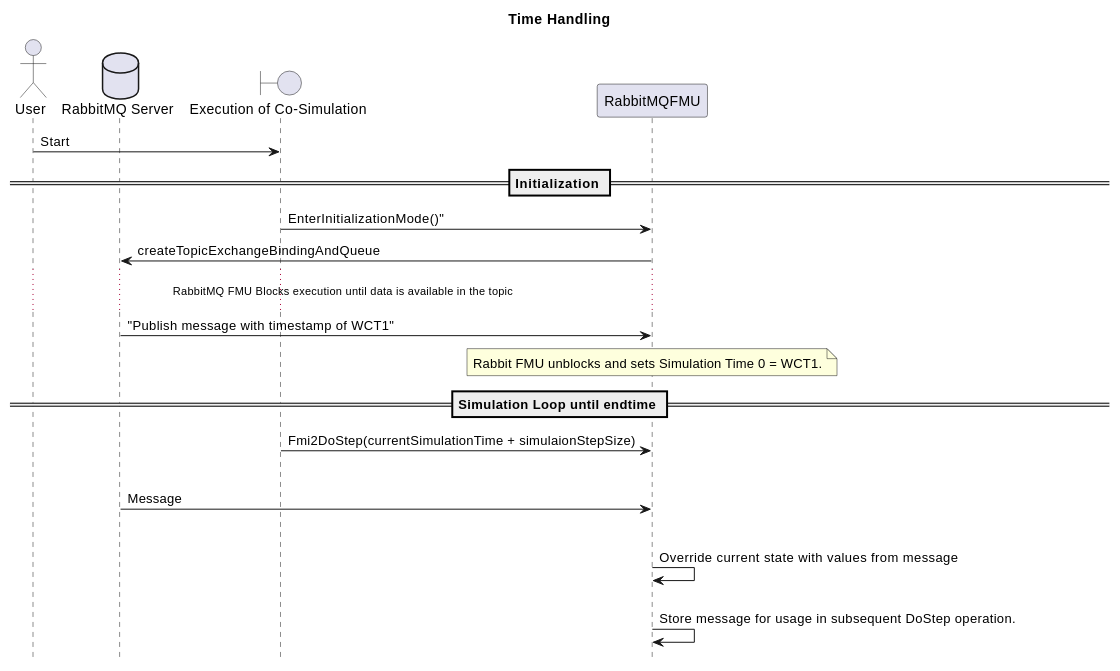
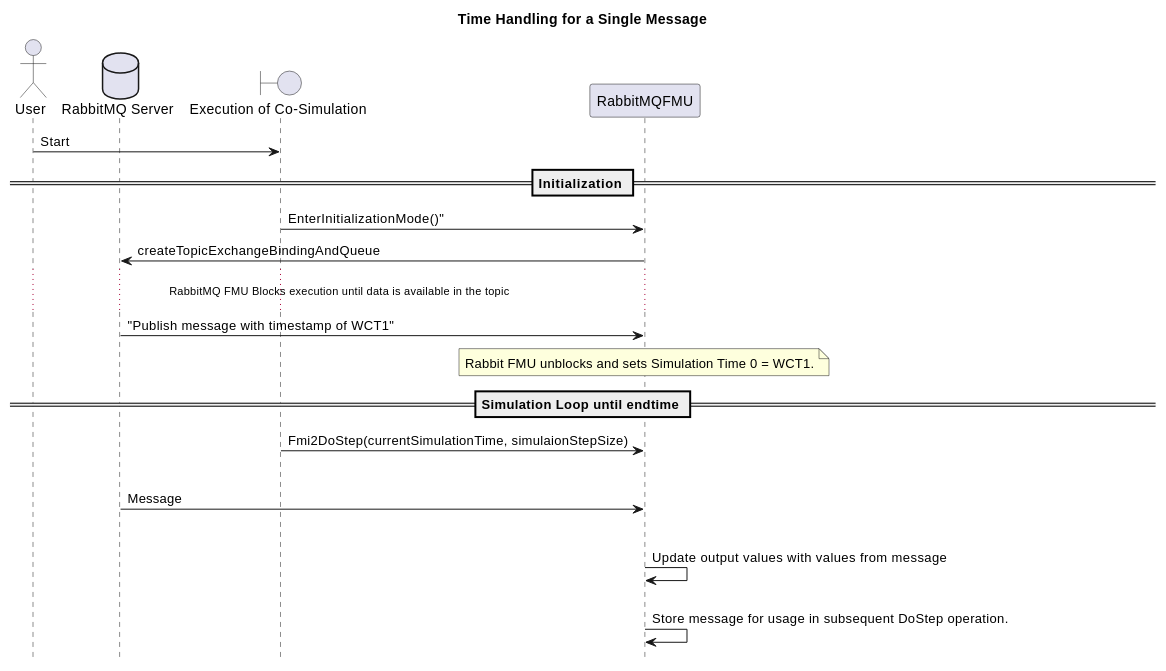
The first of 2 diagrams in docs/overview.rst (INTO-CPS-Association/fmu-rabbitmq), drawn with PlantUML before and after one commit. The commit also changed other lines of this file and 2 other files, not shown here.

```diff
--- a/docs/overview.rst
+++ b/docs/overview.rst
@@ -13,26 +13,26 @@
 .. uml::
-    title Time Handling
+    title Time Handling for a Single Message
     hide footbox
 
     actor User
     database "RabbitMQ Server" as server
     boundary "Execution of Co-Simulation" as exec
     participant RabbitMQFMU as FMU
 
     User -> exec: Start
 
     == Initialization ==
     exec -> FMU: EnterInitializationMode()"
     FMU -> server: createTopicExchangeBindingAndQueue
     ... RabbitMQ FMU Blocks execution until data is available in the topic ...
     server -> FMU: "Publish message with timestamp of WCT1"
     note over FMU: Rabbit FMU unblocks and sets Simulation Time 0 = WCT1.
 
     == Simulation Loop until endtime ==
-    exec -> FMU: Fmi2DoStep(currentSimulationTime + simulaionStepSize)
-        loop FMU process messages until messageTimeStamp > currentSimulationTime + simulationStepSize
+    exec -> FMU: Fmi2DoStep(currentSimulationTime, simulaionStepSize)
+        loop FMU process messages until messageTimeStampInSimulationTime >= currentSimulationTime + simulationStepSize
         server -> FMU: Message
-        alt messageTimeStamp <= currentSimulationTime+simulationStepSize
-            FMU -> FMU: Override current state with values from message
-        else messageTimeStamp > messageTimeStamp > currentSimulationTime + simulationStepSize
+        alt messageTimeStampInSimulationTime <= currentSimulationTime+simulationStepSize
+            FMU -> FMU: Update output values with values from message
+        else messageTimeStampInSimulationTime > currentSimulationTime + simulationStepSize
             FMU -> FMU: Store message for usage in subsequent DoStep operation.
```
